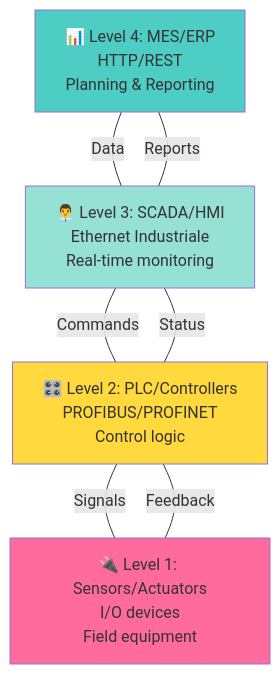
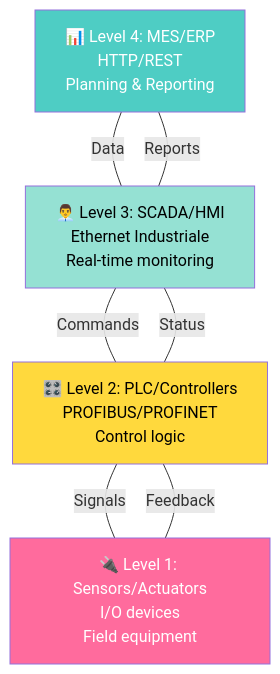
One commit to federicodiluca/federicodiluca.github.io changed the diagram in src/content/blog/automazione-industriale-plc-scada.md. Above: the diagram before and after it, drawn with Mermaid. The commit also changed 10 other files, not shown here.

First line of the commit message:
fix: improve Mermaid diagram text colors for accessibility

````diff
--- a/src/content/blog/automazione-industriale-plc-scada.md
+++ b/src/content/blog/automazione-industriale-plc-scada.md
@@ -13,19 +13,19 @@
 ```mermaid
 graph TD
     A["📊 Level 4: MES/ERP<br/>HTTP/REST<br/>Planning & Reporting"] 
     B["👨‍💼 Level 3: SCADA/HMI<br/>Ethernet Industriale<br/>Real-time monitoring"]
     C["🎛️ Level 2: PLC/Controllers<br/>PROFIBUS/PROFINET<br/>Control logic"]
     D["🔌 Level 1: Sensors/Actuators<br/>I/O devices<br/>Field equipment"]
     
     A ---|Data| B
     B ---|Commands| C
     C ---|Signals| D
     D ---|Feedback| C
     C ---|Status| B
     B ---|Reports| A
     
-    style A fill:#4ecdc4
-    style B fill:#95e1d3
-    style C fill:#ffd93d
-    style D fill:#ff6b9d
+    style A fill:#4ecdc4,color:#fff
+    style B fill:#95e1d3,color:#000
+    style C fill:#ffd93d,color:#000
+    style D fill:#ff6b9d,color:#fff
 ```
````
